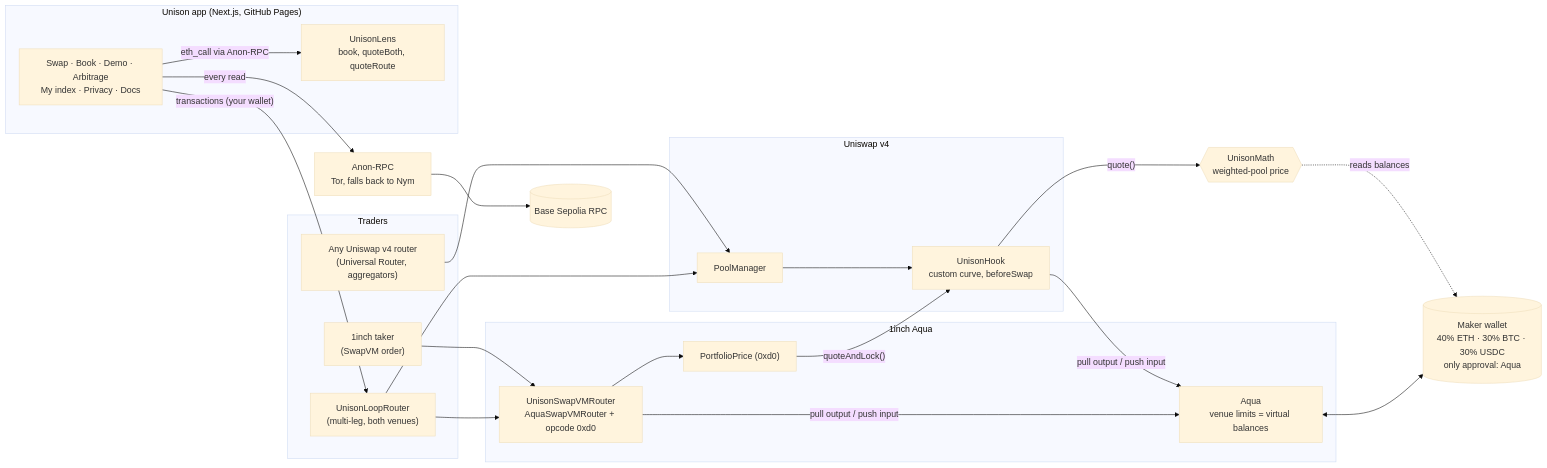
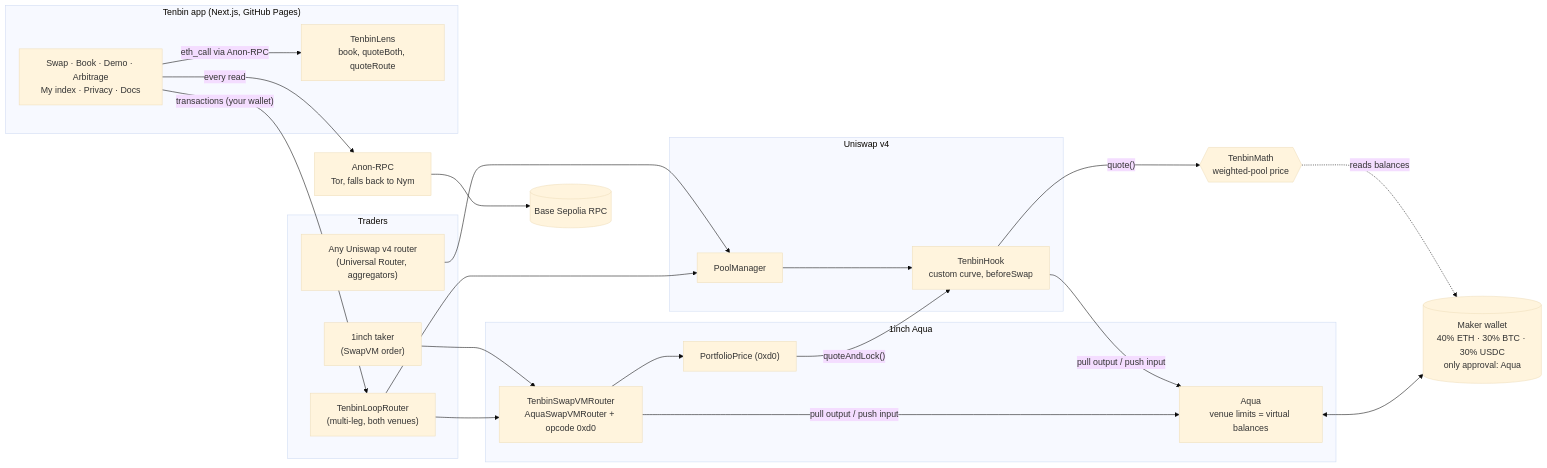
Before and after one commit to Abhist17/mohur: the first of 8 diagrams in README.md, drawn with Mermaid (base theme). The commit also changed other lines of this file and 157 other files, not shown here.

````diff
--- a/README.md
+++ b/README.md
@@ -61,37 +61,37 @@
 ```mermaid
 flowchart LR
     subgraph Traders
         T1["Any Uniswap v4 router<br/>(Universal Router, aggregators)"]
         T2["1inch taker<br/>(SwapVM order)"]
-        T3["UnisonLoopRouter<br/>(multi-leg, both venues)"]
+        T3["TenbinLoopRouter<br/>(multi-leg, both venues)"]
     end
     subgraph Uniswap["Uniswap v4"]
         PM["PoolManager"]
-        H["UnisonHook<br/>custom curve, beforeSwap"]
+        H["TenbinHook<br/>custom curve, beforeSwap"]
     end
     subgraph OneInch["1inch Aqua"]
-        R["UnisonSwapVMRouter<br/>AquaSwapVMRouter + opcode 0xd0"]
+        R["TenbinSwapVMRouter<br/>AquaSwapVMRouter + opcode 0xd0"]
         PP["PortfolioPrice (0xd0)"]
         AQ["Aqua<br/>venue limits = virtual balances"]
     end
-    M{{"UnisonMath<br/>weighted-pool price"}}
+    M{{"TenbinMath<br/>weighted-pool price"}}
     W[("Maker wallet<br/>40% ETH · 30% BTC · 30% USDC<br/>only approval: Aqua")]
     T1 --> PM --> H
     T2 --> R --> PP
     T3 --> PM
     T3 --> R
     H -- "quote()" --> M
     PP -- "quoteAndLock()" --> H
     M -. reads balances .-> W
     H -- "pull output / push input" --> AQ
     R -- "pull output / push input" --> AQ
     AQ <--> W
-    subgraph App["Unison app (Next.js, GitHub Pages)"]
+    subgraph App["Tenbin app (Next.js, GitHub Pages)"]
         UI["Swap · Book · Demo · Arbitrage<br/>My index · Privacy · Docs"]
-        L["UnisonLens<br/>book, quoteBoth, quoteRoute"]
+        L["TenbinLens<br/>book, quoteBoth, quoteRoute"]
     end
     UI -- "every read" --> AR["Anon-RPC<br/>Tor, falls back to Nym"]
     AR --> RPC[("Base Sepolia RPC")]
     UI -- "eth_call via Anon-RPC" --> L
     UI -- "transactions (your wallet)" --> T3
 ```
````
